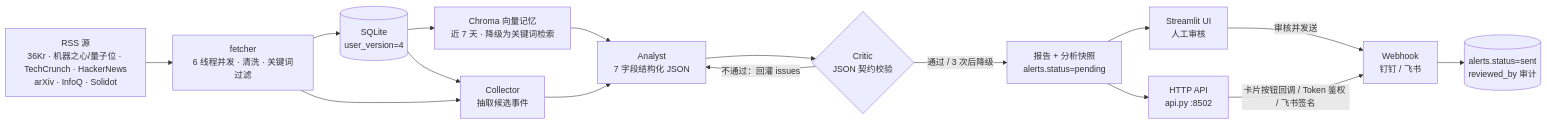
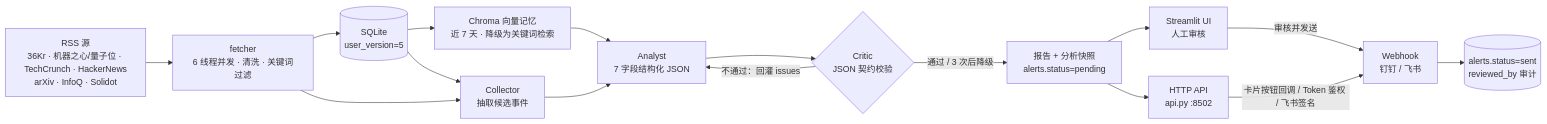
The diagram in README.md (karry0616/AI-Pulse), drawn with Mermaid before and after one commit. The commit also changed other lines of this file and 26 other files, not shown here.

````diff
--- a/README.md
+++ b/README.md
@@ -44,18 +54,18 @@
 ```mermaid
 flowchart LR
     A["RSS 源<br/>36Kr · 机器之心/量子位 · TechCrunch · HackerNews<br/>arXiv · InfoQ · Solidot"] --> B["fetcher<br/>6 线程并发 · 清洗 · 关键词过滤"]
-    B --> C[("SQLite<br/>user_version=4")]
+    B --> C[("SQLite<br/>user_version=5")]
     C --> D["Chroma 向量记忆<br/>近 7 天 · 降级为关键词检索"]
     C --> E
     B --> E["Collector<br/>抽取候选事件"]
     E --> F["Analyst<br/>7 字段结构化 JSON"]
     F --> G{"Critic<br/>JSON 契约校验"}
     G -- 不通过：回灌 issues --> F
     G -- 通过 / 3 次后降级 --> H["报告 + 分析快照<br/>alerts.status=pending"]
     D --> F
     H --> I["Streamlit UI<br/>人工审核"]
     H --> P["HTTP API<br/>api.py :8502"]
     I -- 审核并发送 --> J["Webhook<br/>钉钉 / 飞书"]
     P -- 卡片按钮回调 / Token 鉴权 / 飞书签名 --> J
     J --> K[("alerts.status=sent<br/>reviewed_by 审计")]
 ```
````
